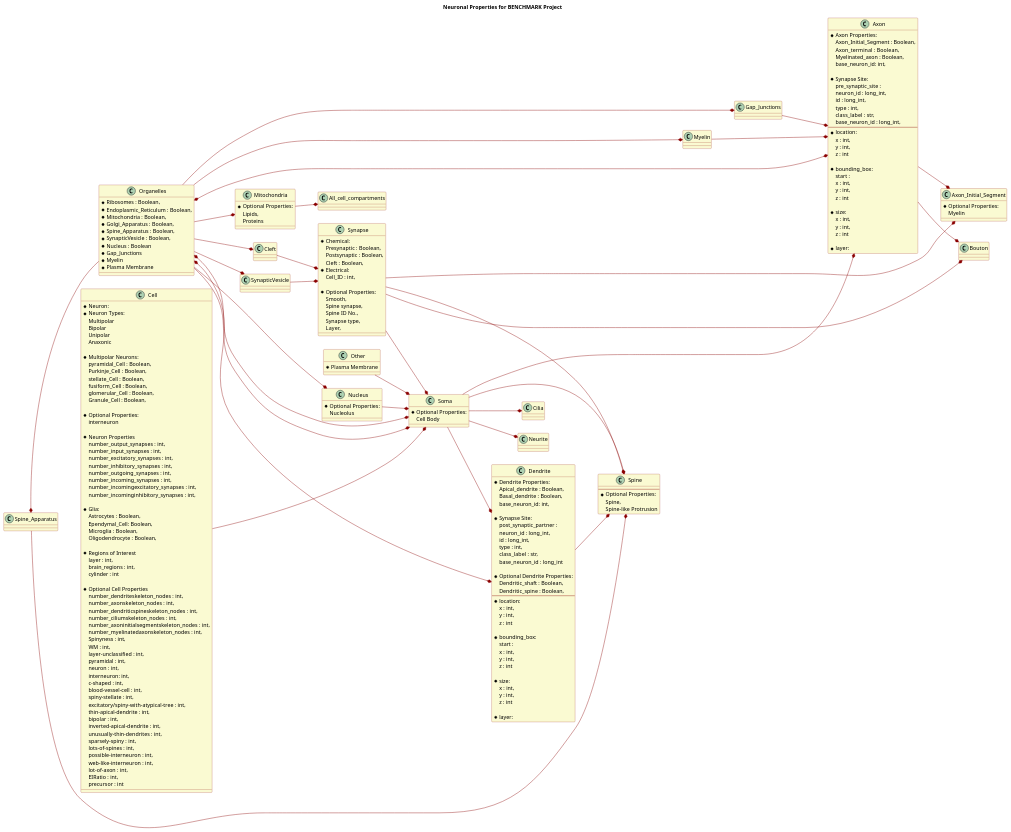
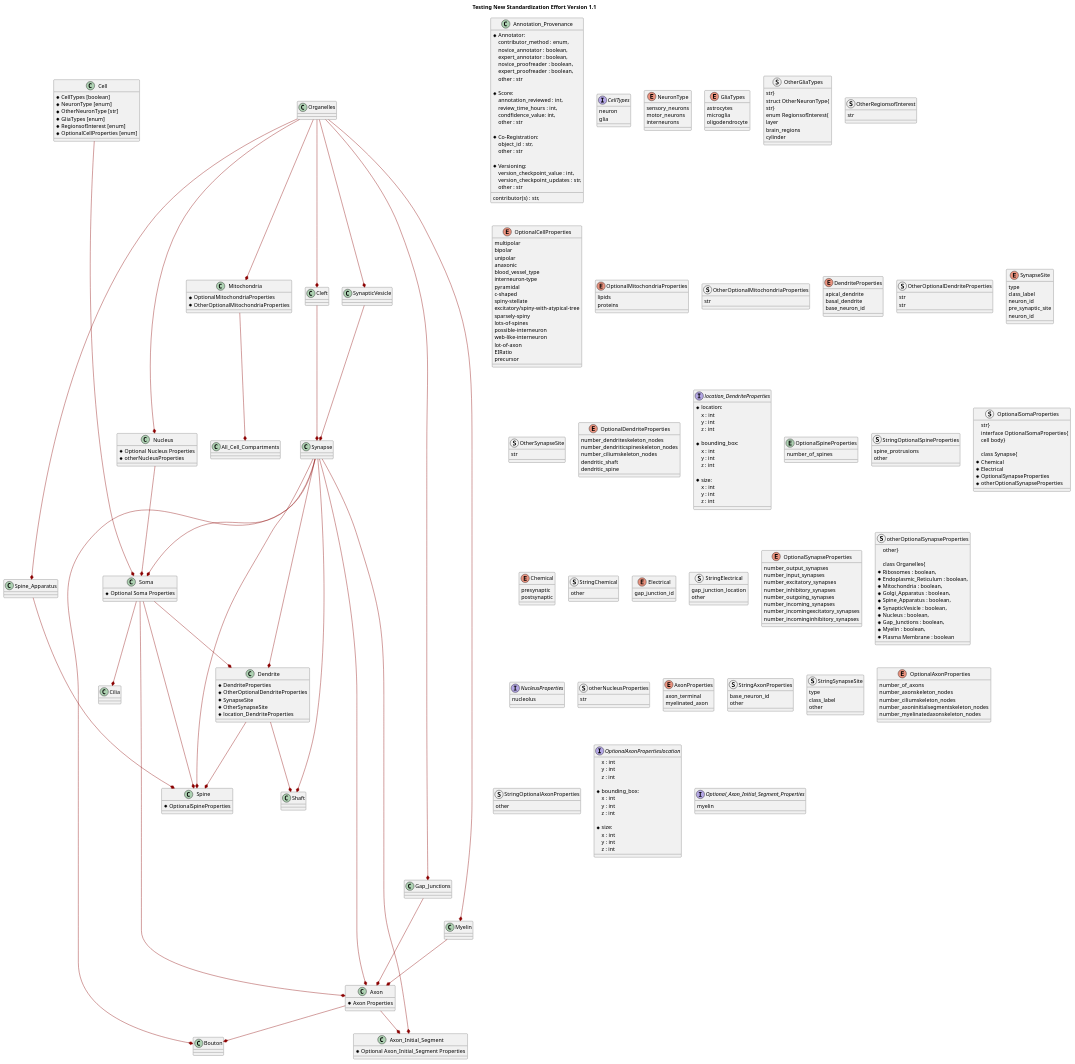
One commit to aplbrain/BENCHMARK-Metadata changed the diagram in annotation-metadata/annotation-metadata-version-1.plantuml. Above: the diagram before and after it, drawn with PlantUML. The commit also changed other lines of this file, not shown here.

Commit message:
Revised Plant UML

```diff
--- a/annotation-metadata/annotation-metadata-version-1.plantuml
+++ b/annotation-metadata/annotation-metadata-version-1.plantuml
@@ -1,279 +1,334 @@
 @startuml
-skinparam backgroundColor transparent
-skinparam classBackgroundColor LightGoldenRodYellow
-skinparam classarrows red
-skinparam classFontName Menlo
-skinparam colors yellow
-skinparam ActorBorderColor red
-skinparam classborderColor darkred
-left to right direction
-
-
-
-title Neuronal Properties for BENCHMARK Project
+title Testing New Standardization Effort Version 1.1
 /'
 The axon is connected to the Presynaptic 
 sending a chemical to be released into the 
 Postsynaptic.
 '/
-
-
-Axon -[#darkred]-* Axon_Initial_Segment
-
-Spine_Apparatus -[#darkred]* Spine
+Cell ---[#darkred]-* Soma
 Soma -[#darkred]-* Spine
-Dendrite-[#darkred]-* Spine
-Synapse ---[#darkred]-* Spine
-Myelin -[#darkred]-* Axon
-Synapse -[#darkred]-* Bouton
-Organelles -[#darkred]-* Gap_Junctions
-Gap_Junctions -[#darkred]-* Axon
-Synapse -[#darkred]-* Soma 
-Synapse -[#darkred]-* Axon_Initial_Segment
 Soma ------[#darkred]-* Axon
 Soma -[#darkred]-* Dendrite
-Cell ---[#darkred]-* Soma
-Soma *-[#darkred]- Organelles
-Other -[#darkred]-* Soma
+Soma -[#darkred]-* Cilia 
+Dendrite -[#darkred]-* Shaft
+Dendrite -[#darkred]-* Spine
+Axon -[#darkred]-* Axon_Initial_Segment
+Axon -[#darkred]-* Bouton
+Gap_Junctions -[#darkred]-* Axon
+Myelin -[#darkred]-* Axon
+Synapse -[#darkred]-* Axon
+Synapse -[#darkred]-* Dendrite
+Synapse -[#darkred]-* Axon_Initial_Segment
+Synapse -[#darkred]-* Bouton
+Synapse ---[#darkred]-* Spine
+Synapse ---[#darkred]-* Shaft
+Synapse -[#darkred]-* Soma 
+Spine_Apparatus -[#darkred]* Spine
+Organelles -[#darkred]-* Gap_Junctions
 Organelles -[#darkred]-* Nucleus
-Nucleus -[#darkred]-* Soma
 Organelles -[#darkred]-* Mitochondria
-Organelles -[#darkred]-* Cleft
-Cleft -[#darkred]-* Synapse 
 Organelles -[#darkred]-* SynapticVesicle
 Organelles -[#darkred]-* Myelin
-Axon -[#darkred]-* Bouton
-Mitochondria -[#darkred]-* All_cell_compartments
-Soma -[#darkred]-* Cilia 
-Soma -[#darkred]-* Neurite
+Organelles -[#darkred]-* Cleft
+Organelles -[#darkred]-* Spine_Apparatus
+Nucleus -[#darkred]-* Soma
+Cleft -[#darkred]-* Synapse 
+Mitochondria -[#darkred]-* All_Cell_Compartments
+SynapticVesicle -[#darkred]-* Synapse
 
-Soma *-[#darkred]-* Organelles
-Axon *-[#darkred]* Organelles
-Dendrite *-[#darkred]-* Organelles
+class Annotation_Provenance{
+	*Annotator: 
+	contributor(s) : str, 
+	contributor_method : enum, 
+	novice_annotator : boolean, 
+	expert_annotator : boolean, 
+	novice_proofreader : boolean, 
+	expert_proofreader : boolean, 
+	other : str
+
+	*Score:
+	annotation_reviewed : int, 
+	review_time_hours : int, 
+	condfidence_value: int,
+	other : str
+
+	*Co-Registration:
+	object_id : str, 
+	other : str
+
+	*Versioning:
+	version_checkpoint_value : int, 
+	version_checkpoint_updates : str, 
+	other : str
+}
 
 class Cell{
-	*Neuron: 
-		*Neuron Types:
-		Multipolar 
-		Bipolar
-		Unipolar 
-		Anaxonic
-		
-		*Multipolar Neurons: 
-			pyramidal_Cell : Boolean, 
-			Purkinje_Cell : Boolean,
-			stellate_Cell : Boolean, 
-			fusiform_Cell : Boolean,
-			glomerular_Cell : Boolean,
-			Granule_Cell : Boolean,
-
-			*Optional Properties: 
-				interneuron
-		
-		*Neuron Properties
-		number_output_synapses : int,
-		number_input_synapses : int,
-		number_excitatory_synapses : int,
-		number_inhibitory_synapses : int,
-        number_outgoing_synapses : int,
-	    number_incoming_synapses : int,
-	    number_incomingexcitatory_synapses : int,
-	    number_incominginhibitory_synapses : int,
-		
-	*Glia: 
-		Astrocytes : Boolean,
-		Ependymal_Cell: Boolean,
-		Microglia : Boolean,
-		Oligodendrocyte : Boolean,
-
-	*Regions of Interest 
-	layer : int,
-	brain_regions : int, 
-	cylinder : int
-
-	*Optional Cell Properties 
-		number_dendriteskeleton_nodes : int,
-		number_axonskeleton_nodes : int,
-		number_dendriticspineskeleton_nodes : int,
-		number_ciliumskeleton_nodes : int,
-		number_axoninitialsegmentskeleton_nodes : int,
-		number_myelinatedaxonskeleton_nodes : int,
-		Spinyness : int,
-		WM : int, 
-        layer-unclassified : int,
-        pyramidal : int,
-        neuron : int, 
-		interneuron: int,
-		c-shaped : int,
-        blood-vessel-cell : int,
-        spiny-stellate : int,
-        excitatory/spiny-with-atypical-tree : int,
-        thin-apical-dendrite : int,
-        bipolar : int,
-        inverted-apical-dendrite : int,
-        unusually-thin-dendrites : int,
-        sparsely-spiny : int,
-        lots-of-spines : int,
-        possible-interneuron : int,
-        web-like-interneuron : int,
-        lot-of-axon : int,
-        EIRatio : int,
-		precursor : int
+	*CellTypes [boolean]
+	*NeuronType [enum]
+	*OtherNeuronType [str]
+	*GliaTypes [enum]
+	*RegionsofInterest [enum]
+	*OptionalCellProperties [enum]
 }
-
-
-class Other{
-* Plasma Membrane
+interface CellTypes{
+	neuron 
+	glia
+}
+enum NeuronType{
+	sensory_neurons
+	motor_neurons
+	interneurons
+}
+enum GliaTypes{
+	astrocytes
+	microglia 
+	oligodendrocyte 
+}	
+struct OtherGliaTypes{
+		str}
+struct OtherNeuronType{
+	str}
+enum RegionsofInterest{
+	layer
+	brain_regions
+	cylinder
+}
+struct OtherRegionsofInterest{
+	str
+}
+enum OptionalCellProperties{
+		multipolar 
+		bipolar
+		unipolar
+		anaxonic
+		blood_vessel_type
+		interneuron-type
+        pyramidal
+		c-shaped
+        spiny-stellate
+        excitatory/spiny-with-atypical-tree
+        sparsely-spiny
+        lots-of-spines
+        possible-interneuron
+        web-like-interneuron
+        lot-of-axon
+        EIRatio
+		precursor
 }
 
 class Bouton{
-
 }
 
 class Mitochondria{
-*Optional Properties:
-Lipids,
-Proteins
+    *OptionalMitochondriaProperties
+    *OtherOptionalMitochondriaProperties
 }
 
+enum OptionalMitochondriaProperties{
+    lipids 
+    proteins
+}
+struct OtherOptionalMitochondriaProperties{
+str
+}
+enum DendriteProperties{
+    apical_dendrite
+    basal_dendrite 
+    base_neuron_id
+    }
 
+struct OtherOptionalDendriteProperties{
+str
+}
+
+enum SynapseSite{
+type
+class_label
+neuron_id
+}
+		
+struct OtherSynapseSite{
+    str
+}
 class Dendrite{
-*Dendrite Properties: 
-		Apical_dendrite : Boolean,
-		Basal_dendrite : Boolean,
-		base_neuron_id: int,
+        *DendriteProperties
+        *OtherOptionalDendriteProperties
+        *SynapseSite
+        *OtherSynapseSite
+        *location_DendriteProperties
+}
+enum OptionalDendriteProperties{
+		number_dendriteskeleton_nodes
+		number_dendriticspineskeleton_nodes
+		number_ciliumskeleton_nodes
+		dendritic_shaft
+		dendritic_spine
+        }
 
-*Synapse Site:
-		post_synaptic_partner : 
-			neuron_id : long_int,
-			id : long_int,
-			type : int,
-			class_label : str,
-			base_neuron_id : long_int
-
-	*Optional Dendrite Properties:
-		Dendritic_shaft : Boolean,
-		Dendritic_spine : Boolean,
---
+struct OtherOptionalDendriteProperties{
+    str
+}      
+interface location_DendriteProperties{
     *location: 
-        x : int,
-        y : int,
+        x : int
+        y : int
         z : int
    
     *bounding_box: 
-        start : 
-            x : int,
-            y : int,
+            x : int
+            y : int
             z : int
        
       *size: 
-            x : int,
-            y : int,
+            x : int
+            y : int
             z : int
-
-	*layer: 
 } 
 
 class Spine_Apparatus{
-
 }
 
+class Spine{
+    *OptionalSpineProperties
+}
 
-class Spine{
---
-*Optional Properties:
-Spine,
-Spine-like Protrusion
+entity OptionalSpineProperties{
+    number_of_spines
 }
+struct StringOptionalSpineProperties{
+    spine_protrusions
+    other
+    }
 
 
 class Soma{
-*Optional Properties:
-	Cell Body
+*Optional Soma Properties
+}
+struct OptionalSomaProperties{
+str}
+interface OptionalSomaProperties{
+    cell body}
 
+class Synapse{
+    *Chemical
+    *Electrical
+    *OptionalSynapseProperties
+    *otherOptionalSynapseProperties
+    }
+enum Chemical{
+		presynaptic
+		postsynaptic
+    }
+struct StringChemical{
+		other 
+        }
+enum Electrical{
+		gap_junction_id
+        }
+struct StringElectrical{
+    gap_junction_location 
+    other
+        }
+enum OptionalSynapseProperties{
+	number_output_synapses 
+	number_input_synapses 
+	number_excitatory_synapses
+	number_inhibitory_synapses
+	number_outgoing_synapses
+	number_incoming_synapses
+	number_incomingexcitatory_synapses
+	number_incominginhibitory_synapses
+}
+struct otherOptionalSynapseProperties{
+    other}
+
+class Organelles{
+	*Ribosomes : boolean,
+    *Endoplasmic_Reticulum : boolean,
+	*Mitochondria : boolean,
+	*Golgi_Apparatus : boolean,
+	*Spine_Apparatus : boolean,
+    *SynapticVesicle : boolean,
+	*Nucleus : boolean,
+	*Gap_Junctions : boolean,
+	*Myelin : boolean,
+	*Plasma Membrane : boolean
 }
 
-class Synapse{
-	*Chemical: 
-		Presynaptic : Boolean,
-		Postsynaptic : Boolean,
-		Cleft : Boolean,
-	*Electrical: 
-		Cell_ID : int,
+class Nucleus{
+*Optional Nucleus Properties
+*otherNucleusProperties
+}
+interface NucleusProperties{
+nucleolus 
+}
+struct otherNucleusProperties{
+str
+}
+
+class Axon{
+    *Axon Properties
+    }
+
+enum AxonProperties{
+	axon_terminal 
+	myelinated_axon 
+}
 	
-	*Optional Properties:
-	Smooth, 
-	Spine synapse, 
-	Spine ID No.,
-	Synapse type, 
-	Layer,
+struct StringAxonProperties{
+    base_neuron_id
+	other
+    }
 
 
-
+enum SynapseSite{
+		pre_synaptic_site
+		neuron_id
+}
+struct StringSynapseSite{
+		type 
+		class_label 
+		other 
 }
 
-class Organelles{
-	*Ribosomes : Boolean,
-    *Endoplasmic_Reticulum : Boolean,
-	*Mitochondria : Boolean,
-	*Golgi_Apparatus : Boolean,
-	*Spine_Apparatus : Boolean,
-    *SynapticVesicle : Boolean,
-	*Nucleus : Boolean
-	*Gap_Junctions
-	*Myelin
-	*Plasma Membrane
-}
-class Nucleus{
-*Optional Properties:
-Nucleolus
+enum OptionalAxonProperties{
+	number_of_axons
+	number_axonskeleton_nodes
+	number_ciliumskeleton_nodes
+	number_axoninitialsegmentskeleton_nodes
+	number_myelinatedaxonskeleton_nodes
+    }
+
+struct StringOptionalAxonProperties{
+	other
 }
 
-
-SynapticVesicle -[#darkred]-* Synapse
-Spine_Apparatus *-[#darkred]- Organelles
-
-
-class Axon{
-	*Axon Properties: 
-	Axon_Initial_Segment : Boolean,
-	Axon_terminal  : Boolean,
-	Myelinated_axon : Boolean,
-	base_neuron_id: int,
-
-*Synapse Site:
-		pre_synaptic_site : 
-		neuron_id : long_int,
-		id : long_int,
-		type : int,
-		class_label : str,
-		base_neuron_id : long_int,
---
-    *location: 
-        x : int,
-        y : int,
+interface OptionalAxonPropertieslocation{
+        x : int
+        y : int
         z : int
    
     *bounding_box: 
-        start : 
-            x : int,
-            y : int,
+            x : int
+            y : int
             z : int
        
        *size: 
-            x : int,
-            y : int,
+            x : int
+            y : int
             z : int
-
-		*layer: 
 } 
 class SynapticVesicle{
 
 } 
 
 class Axon_Initial_Segment{
-	*Optional Properties:
-	Myelin
+	*Optional Axon_Initial_Segment Properties
 
 }
+interface Optional_Axon_Initial_Segment_Properties{
+    myelin 
+}
+
+
 @enduml
```
